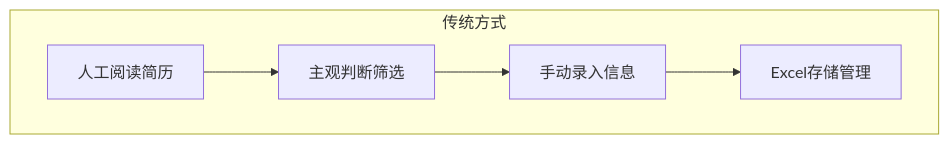
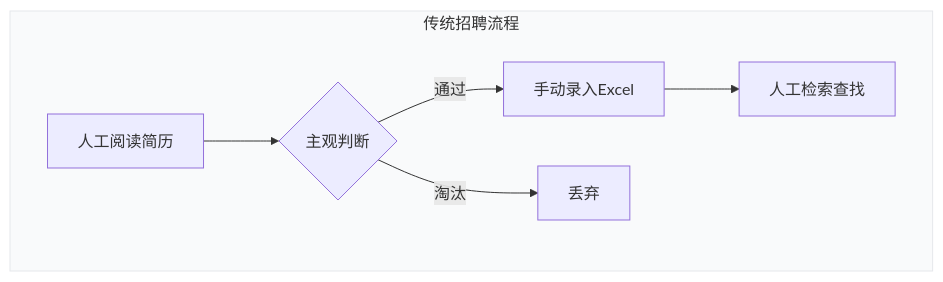
Before and after one commit to xt765/ResumeScreening: the first of 11 diagrams in README.md, drawn with Mermaid. The commit also changed other lines of this file and 5 other files, not shown here.

Commit message:
refactor: remove similarity score and update documentation diagrams

````diff
--- a/README.md
+++ b/README.md
@@ -41,8 +41,11 @@
 ```mermaid
-graph TB
-    subgraph 传统方式
-        A1[人工阅读简历] --> A2[主观判断筛选]
-        A2 --> A3[手动录入信息]
-        A3 --> A4[Excel存储管理]
+graph LR
+    subgraph Legacy [传统招聘流程]
+        direction LR
+        A1[人工阅读简历] --> A2{主观判断}
+        A2 -->|通过| A3[手动录入Excel]
+        A2 -->|淘汰| A4[丢弃]
+        A3 --> A5[人工检索查找]
     end
+    style Legacy fill:#f9fafb,stroke:#e5e7eb
 ```
````
